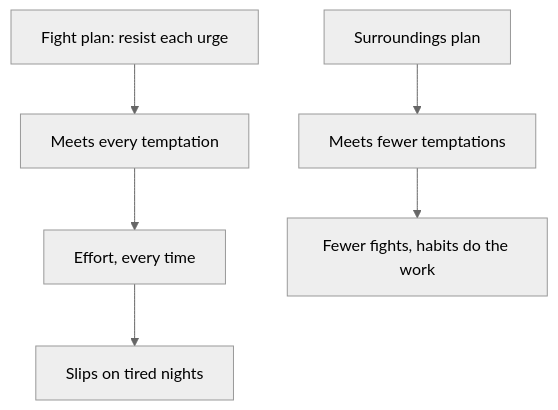
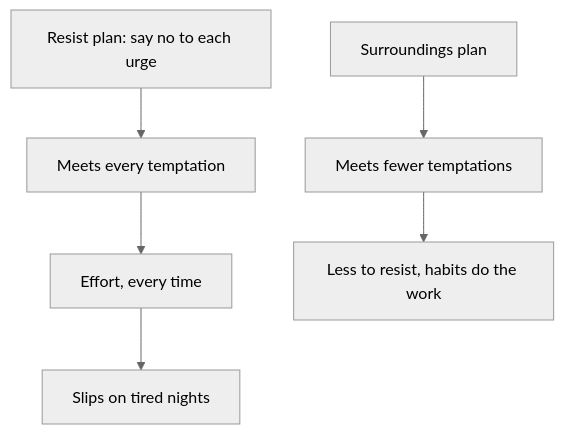
Before and after one commit to Muhammad-AnasKhan/Buildment: the diagram in content/import/building-habits/04-breaking-a-habit/04.02-willpower-is-not-the-plan.md, drawn with Mermaid (neutral theme). The commit also changed other lines of this file and 11 other files, not shown here.

````diff
--- a/content/import/building-habits/04-breaking-a-habit/04.02-willpower-is-not-the-plan.md
+++ b/content/import/building-habits/04-breaking-a-habit/04.02-willpower-is-not-the-plan.md
@@ -77,8 +83,8 @@
 ```mermaid
 flowchart TD
-  A["Fight plan: resist each urge"] --> B["Meets every temptation"]
+  A["Resist plan: say no to each urge"] --> B["Meets every temptation"]
   B --> C["Effort, every time"]
   C --> D["Slips on tired nights"]
   E["Surroundings plan"] --> F["Meets fewer temptations"]
-  F --> G["Fewer fights, habits do the work"]
+  F --> G["Less to resist, habits do the work"]
 ```
````
